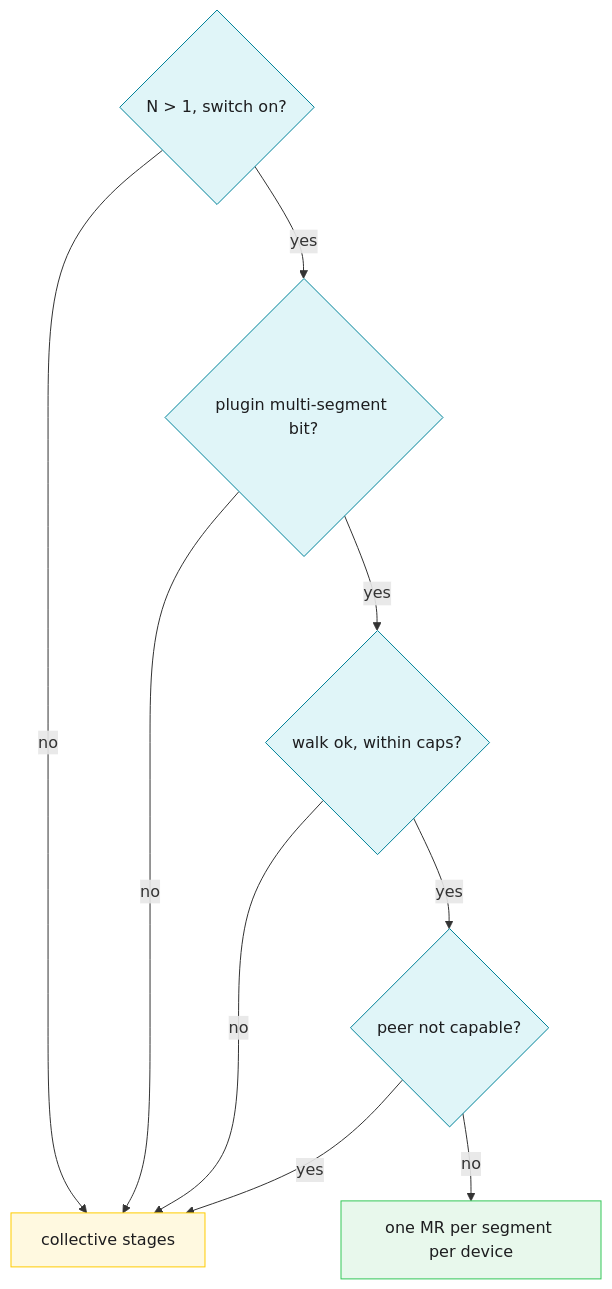
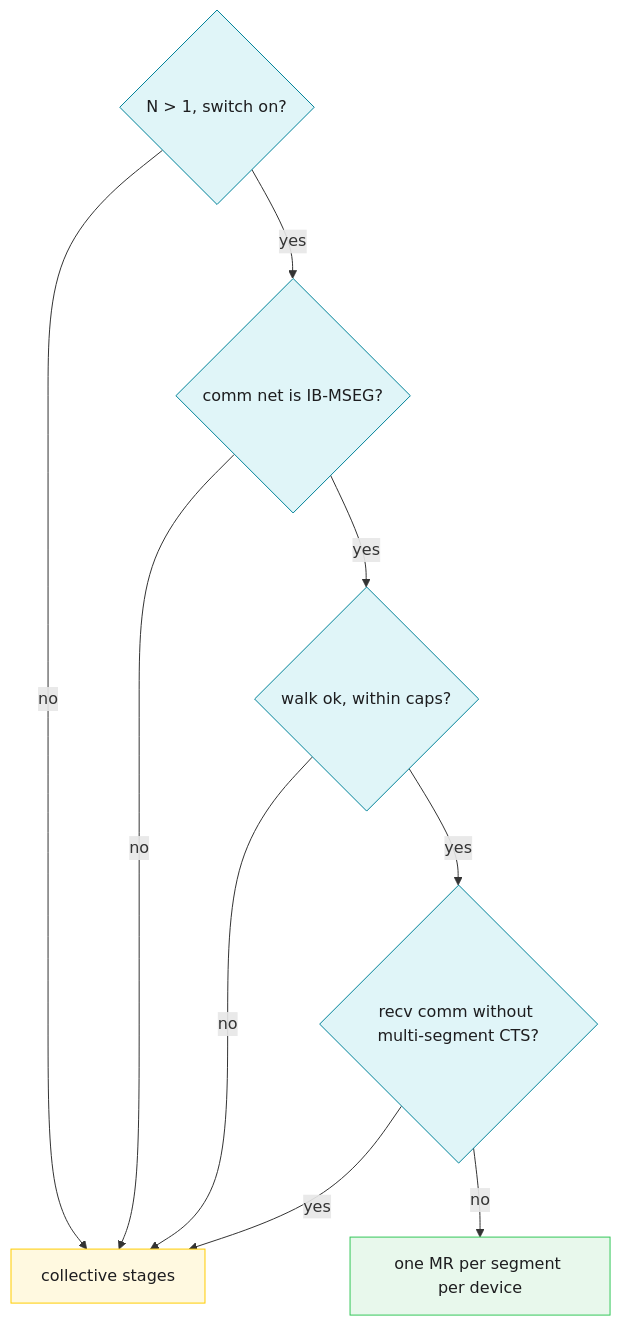
Before and after one commit to ROCm/rocm-systems: the second of 4 diagrams in projects/rccl/docs/design/multi_segment_netib_wire.md, drawn with Mermaid. The commit also changed other lines of this file and 16 other files, not shown here.

````diff
--- a/projects/rccl/docs/design/multi_segment_netib_wire.md
+++ b/projects/rccl/docs/design/multi_segment_netib_wire.md
@@ -74,19 +90,19 @@
 ```mermaid
-%% caption: Classic NET/IB registration of a multi-segment buffer
+%% caption: IB-MSEG NET/IB registration of a multi-segment buffer
 flowchart TD
  sw{"N > 1, switch on?"}
  sw -->|no| st["collective stages"]
- sw -->|yes| pb{"plugin multi-segment bit?"}
+ sw -->|yes| pb{"comm net is IB-MSEG?"}
  pb -->|no| st
  pb -->|yes| walk{"walk ok, within caps?"}
  walk -->|no| st
- walk -->|yes| cap{"peer not capable?"}
- cap -->|yes| st
- cap -->|no| mrs["one MR per segment per device"]
+ walk -->|yes| cts{"recv comm without multi-segment CTS?"}
+ cts -->|yes| st
+ cts -->|no| mrs["one MR per segment per device"]
  classDef netib fill:#e0f5f8,stroke:#008299,color:#1d1d1f
  classDef okpath fill:#e8f8ec,stroke:#34c759,color:#1d1d1f
  classDef stagepath fill:#fff9e0,stroke:#ffcc00,color:#1d1d1f
- class sw,pb,walk,cap netib
+ class sw,pb,walk,cts netib
  class mrs okpath
  class st stagepath
 ```
````
